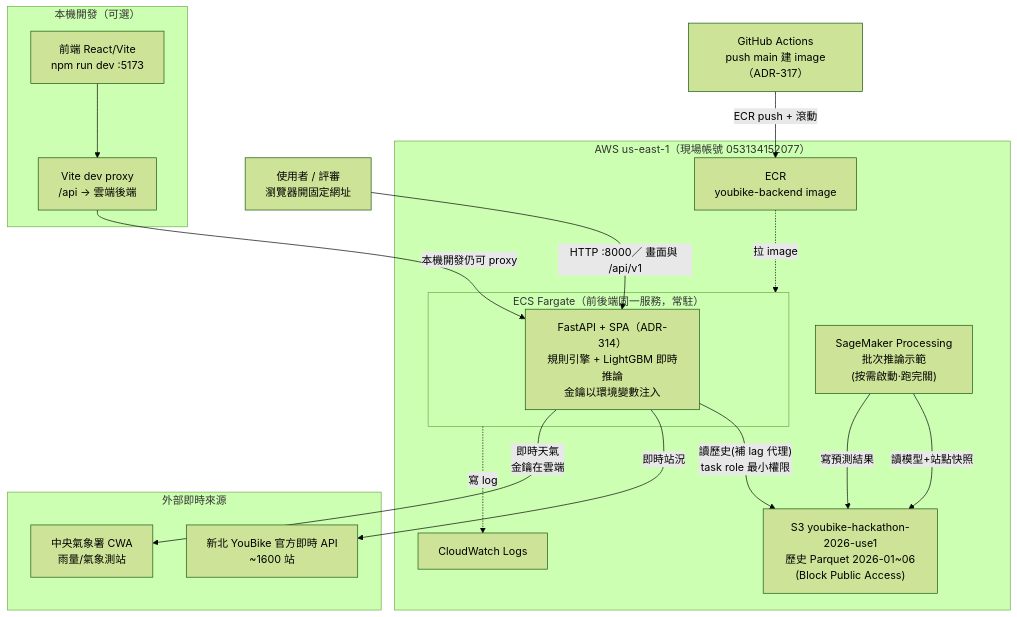
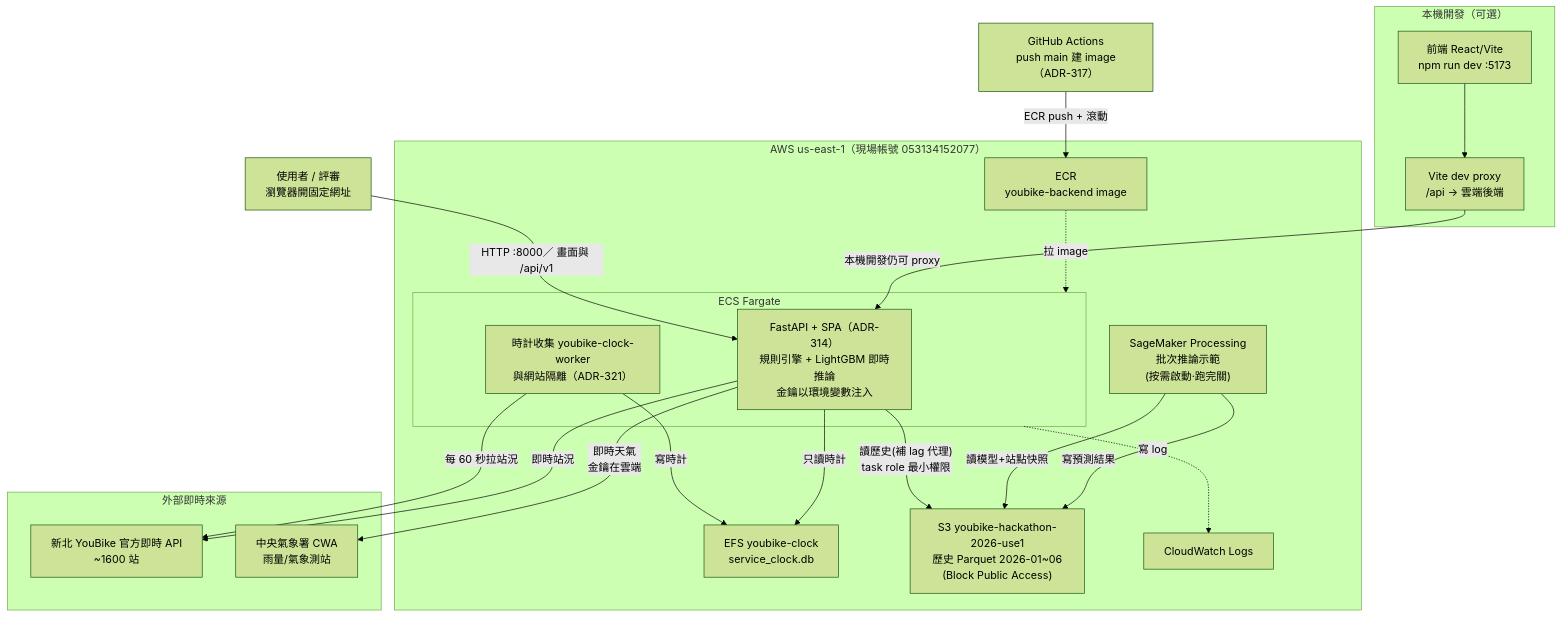
Before and after one commit to japanese51707/youbike_hackthon_2026: the diagram in docs/architecture-cloud.md, drawn with Mermaid (forest theme). The commit also changed other lines of this file and 18 other files, not shown here.

First line of the commit message:
feat(service-clock): persist empty-full clocks off the website process

````diff
--- a/docs/architecture-cloud.md
+++ b/docs/architecture-cloud.md
@@ -8,38 +8,43 @@
 ```mermaid
 flowchart TB
     User["使用者 / 評審<br/>瀏覽器開固定網址"]
 
     subgraph Local["本機開發（可選）"]
         FE["前端 React/Vite<br/>npm run dev :5173"]
         Proxy["Vite dev proxy<br/>/api → 雲端後端"]
         FE --> Proxy
     end
 
     subgraph AWS["AWS us-east-1（現場帳號 053134152077）"]
-        subgraph ECS["ECS Fargate（前後端同一服務，常駐）"]
+        subgraph ECS["ECS Fargate"]
             BE["FastAPI + SPA（ADR-314）<br/>規則引擎 + LightGBM 即時推論<br/>金鑰以環境變數注入"]
+            CLK["時計收集 youbike-clock-worker<br/>與網站隔離（ADR-321）"]
         end
+        EFS["EFS youbike-clock<br/>service_clock.db"]
         S3["S3 youbike-hackathon-2026-use1<br/>歷史 Parquet 2026-01~06<br/>(Block Public Access)"]
         SM["SageMaker Processing<br/>批次推論示範<br/>(按需啟動·跑完關)"]
         ECR["ECR<br/>youbike-backend image"]
         CW["CloudWatch Logs"]
     end
 
     subgraph Ext["外部即時來源"]
         YB["新北 YouBike 官方即時 API<br/>~1600 站"]
         CWA["中央氣象署 CWA<br/>雨量/氣象測站"]
     end
 
     GHA["GitHub Actions<br/>push main 建 image（ADR-317）"]
 
     User -->|"HTTP :8000／ 畫面與 /api/v1"| BE
     Proxy -->|"本機開發仍可 proxy"| BE
+    CLK -->|每 60 秒拉站況| YB
+    CLK -->|寫時計| EFS
+    BE -->|只讀時計| EFS
     BE -->|"讀歷史(補 lag 代理)<br/>task role 最小權限"| S3
     BE -->|即時站況| YB
     BE -->|即時天氣<br/>金鑰在雲端| CWA
     GHA -->|ECR push + 滾動| ECR
     ECR -.->|拉 image| ECS
     ECS -.->|寫 log| CW
     SM -->|讀模型+站點快照| S3
     SM -->|寫預測結果| S3
 ```
````
